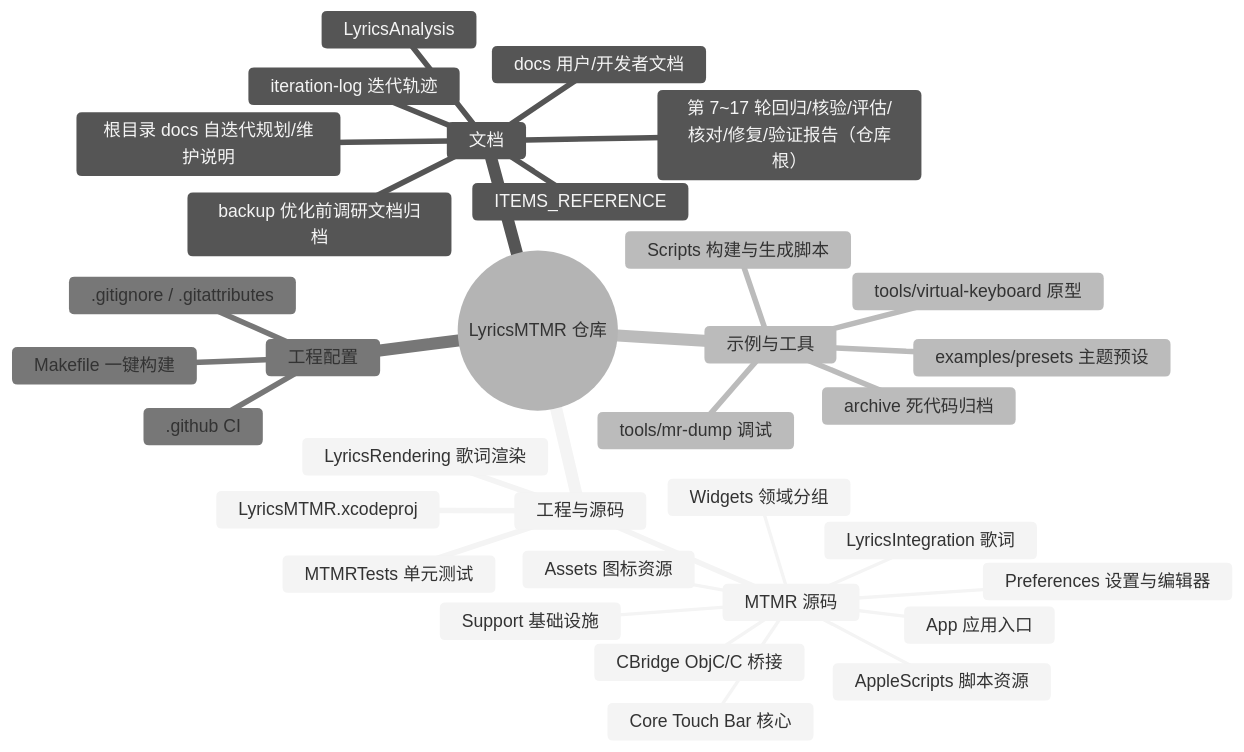
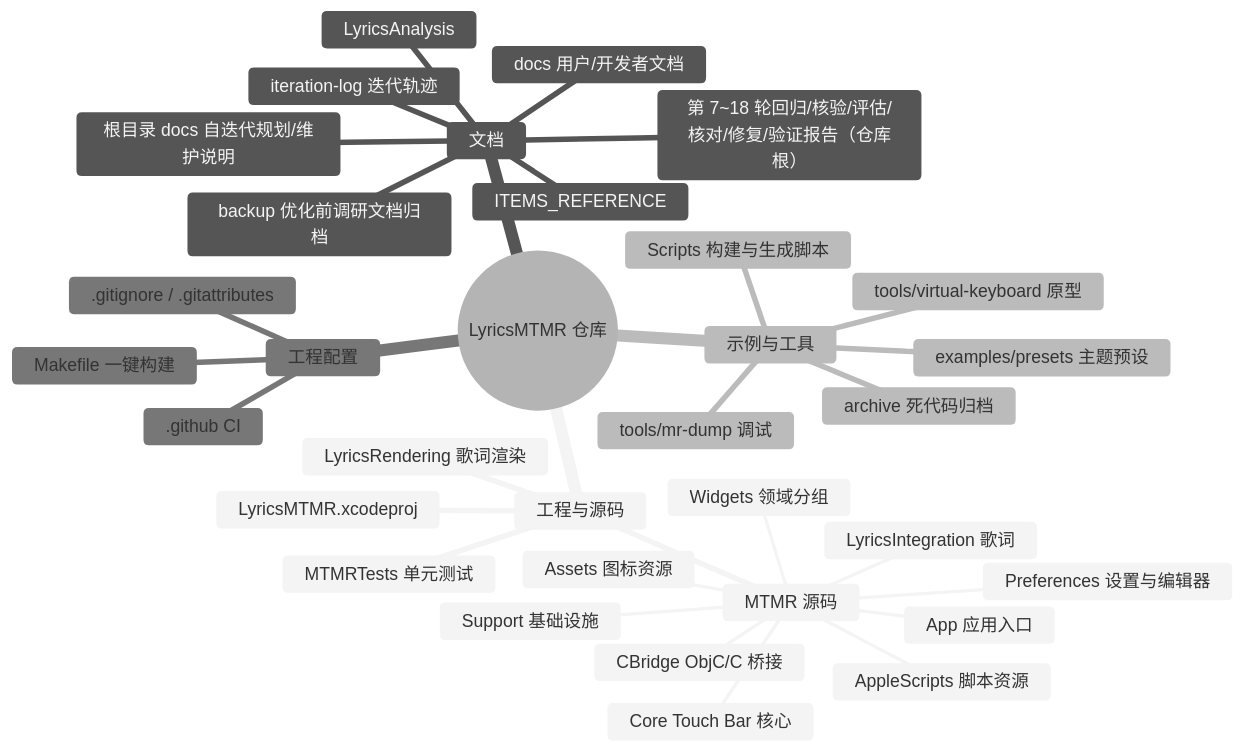
Before and after one commit to Tangzishun-Li/LyricsMTMR: the first of 2 diagrams in LyricsMTMR/docs/file-structure.zh.md, drawn with Mermaid (neutral theme). The commit also changed other lines of this file and 3 other files, not shown here.

````diff
--- a/LyricsMTMR/docs/file-structure.zh.md
+++ b/LyricsMTMR/docs/file-structure.zh.md
@@ -10,36 +10,36 @@
 ```mermaid
 mindmap
   root((LyricsMTMR 仓库))
     工程与源码
       LyricsMTMR.xcodeproj
       MTMR 源码
         App 应用入口
         Core Touch Bar 核心
         Support 基础设施
         Widgets 领域分组
         Preferences 设置与编辑器
         LyricsIntegration 歌词
         CBridge ObjC/C 桥接
         AppleScripts 脚本资源
         Assets 图标资源
       LyricsRendering 歌词渲染
       MTMRTests 单元测试
     文档
       docs 用户/开发者文档
       ITEMS_REFERENCE
       LyricsAnalysis
       backup 优化前调研文档归档
       iteration-log 迭代轨迹
       根目录 docs 自迭代规划/维护说明
-      第 7~17 轮回归/核验/评估/核对/修复/验证报告（仓库根）
+      第 7~18 轮回归/核验/评估/核对/修复/验证报告（仓库根）
     示例与工具
       examples/presets 主题预设
       tools/mr-dump 调试
       tools/virtual-keyboard 原型
       Scripts 构建与生成脚本
       archive 死代码归档
     工程配置
       .github CI
       .gitignore / .gitattributes
       Makefile 一键构建
 ```
````
